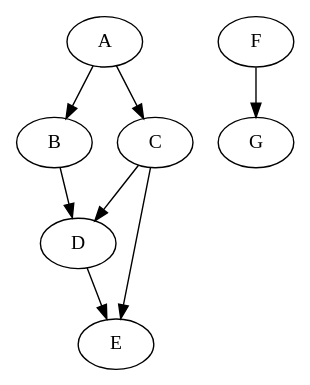
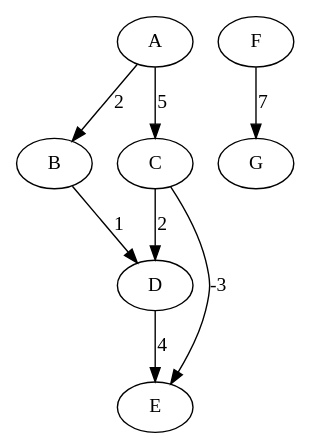
One commit to HtmLuc/trabalho2-grafos changed the diagram in src/main/resources/samples/directed_graph.gv. Above: the diagram before and after it, drawn with Graphviz. The commit also changed 1 other file, not shown here.

```diff
--- a/src/main/resources/samples/directed_graph.gv
+++ b/src/main/resources/samples/directed_graph.gv
@@ -1,9 +1,9 @@
 digraph D {
-    A -> B;
-    A -> C;
-    B -> D;
-    C -> D;
-    C -> E;
-    D -> E;
-    F -> G;
+    A -> B [weight=2,   label=2]
+    A -> C [weight=5, label=5]
+    B -> D [weight=1,   label=1]
+    C -> D [weight=2,   label=2]
+    C -> E [weight=-3,  label="-3"]
+    D -> E [weight=4,   label=4]
+    F -> G [weight=7,   label=7]
 }
```
